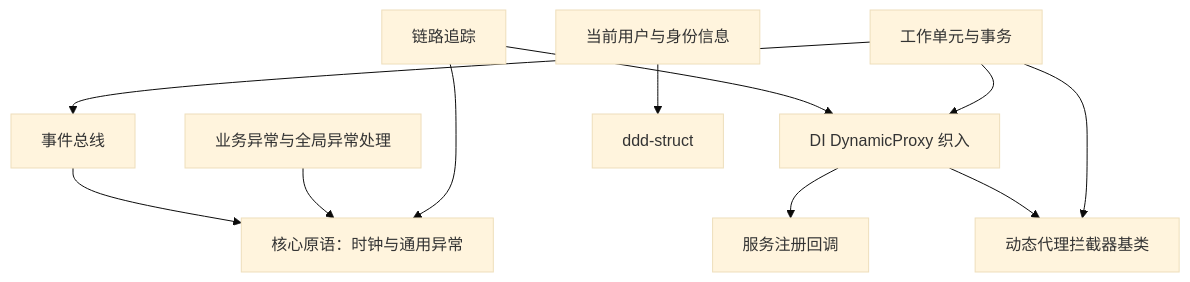
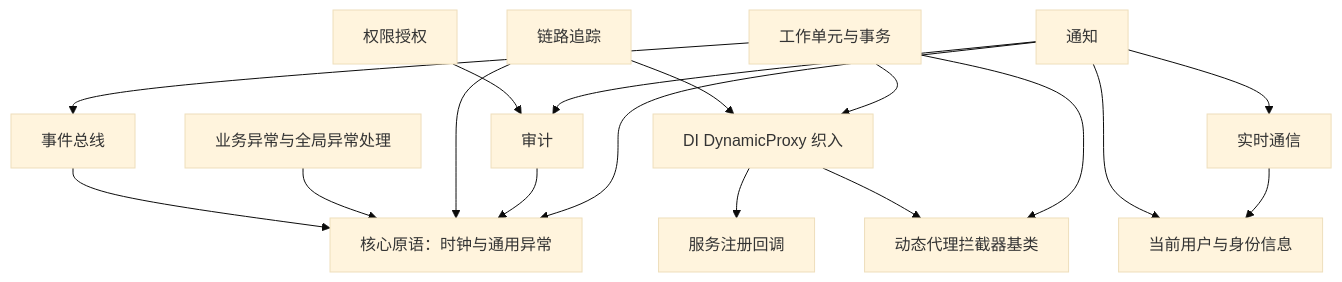
Before and after one commit to zengqinglei/leistd-net: the diagram in framework/docs/components/README.md, drawn with Mermaid (base theme). The commit also changed other lines of this file and 108 other files, not shown here.

````diff
--- a/framework/docs/components/README.md
+++ b/framework/docs/components/README.md
@@ -25,16 +29,22 @@
 ```mermaid
 graph TD
     dependency-injection-dynamic-proxy[DI DynamicProxy 织入] --> dependency-injection[服务注册回调]
     dependency-injection-dynamic-proxy --> aop[动态代理拦截器基类]
 
     event-bus[事件总线] --> core[核心原语：时钟与通用异常]
     exception[业务异常与全局异常处理] --> core
     tracing[链路追踪] --> core
     tracing --> dependency-injection-dynamic-proxy
 
     unit-of-work[工作单元与事务] --> aop
     unit-of-work --> dependency-injection-dynamic-proxy
     unit-of-work --> event-bus
 
-    security[当前用户与身份信息] --> ddd-struct[ddd-struct]
+    auditing[审计] --> core
+    authorization[权限授权] --> auditing
+    notifications[通知] --> core
+    notifications --> auditing
+    notifications --> security[当前用户与身份信息]
+    notifications --> realtime[实时通信]
+    realtime --> security
 ```
````
